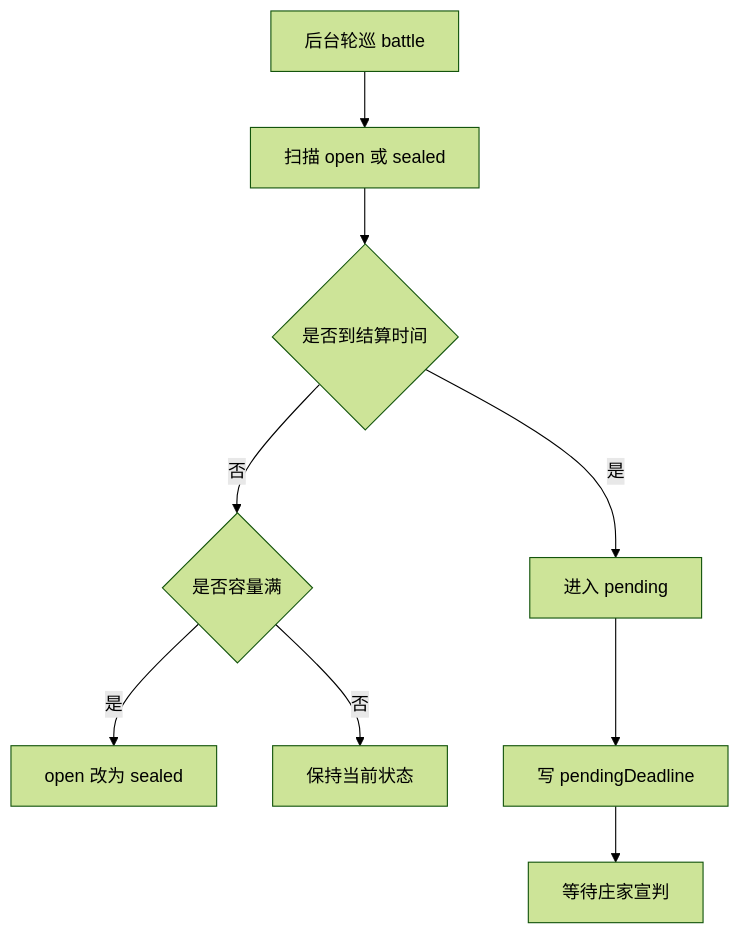
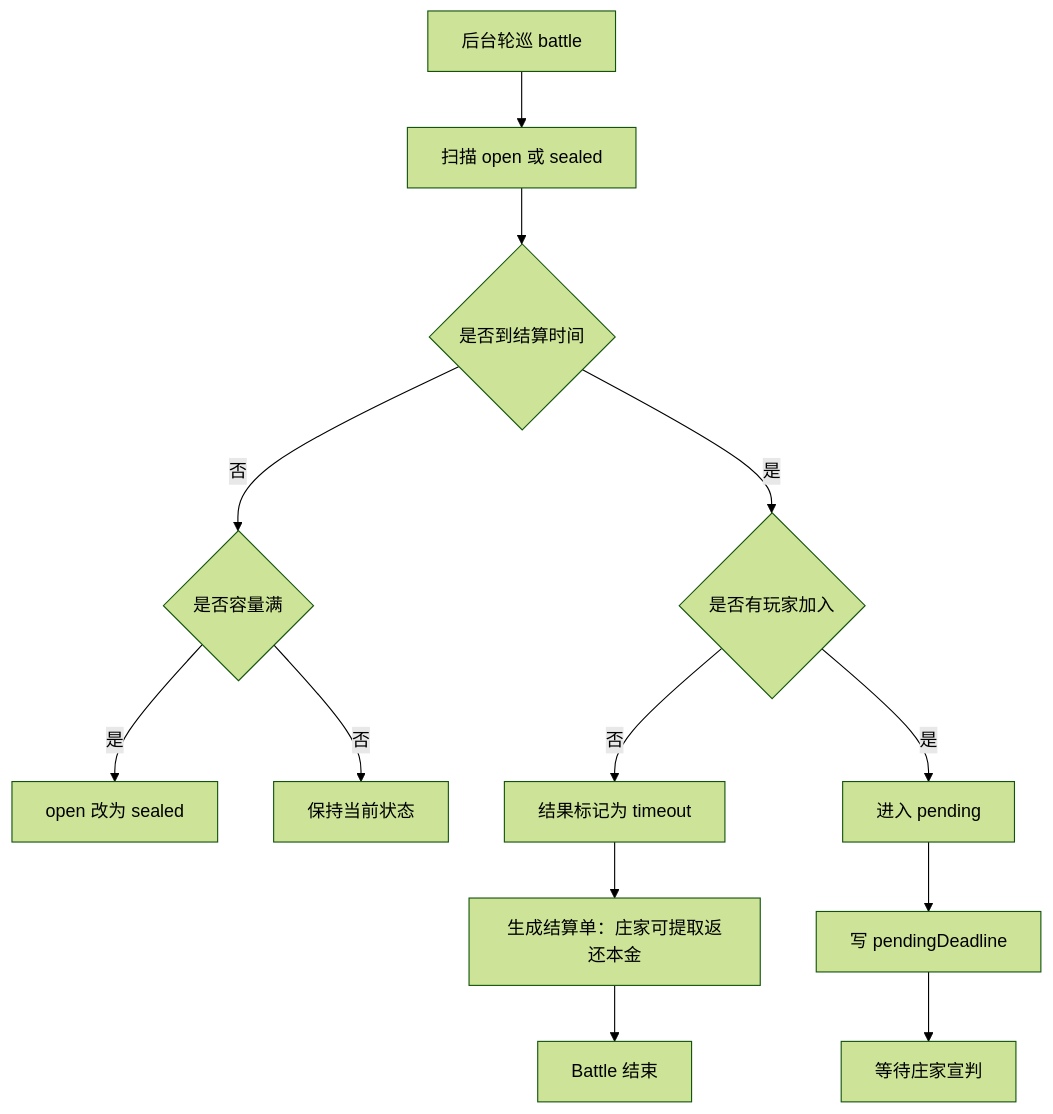
Before and after one commit to maoshuo1988/turtlepoll: the third of 8 diagrams in prompt/project/开战广场/01-流程图.md, drawn with Mermaid (forest theme).

````diff
--- a/prompt/project/开战广场/01-流程图.md
+++ b/prompt/project/开战广场/01-流程图.md
@@ -54,11 +54,15 @@
 ```mermaid
 flowchart TD
   A["后台轮巡 battle"] --> B["扫描 open 或 sealed"]
   B --> C{"是否到结算时间"}
   C -- "否" --> D{"是否容量满"}
   D -- "是" --> E["open 改为 sealed"]
   D -- "否" --> F["保持当前状态"]
-  C -- "是" --> G["进入 pending"]
-  G --> H["写 pendingDeadline"]
-  H --> I["等待庄家宣判"]
+  C -- "是" --> G{"是否有玩家加入"}
+  G -- "否" --> H["结果标记为 timeout"]
+  H --> I["生成结算单：庄家可提取返还本金"]
+  I --> M["Battle 结束"]
+  G -- "是" --> J["进入 pending"]
+  J --> K["写 pendingDeadline"]
+  K --> L["等待庄家宣判"]
 ```
````
